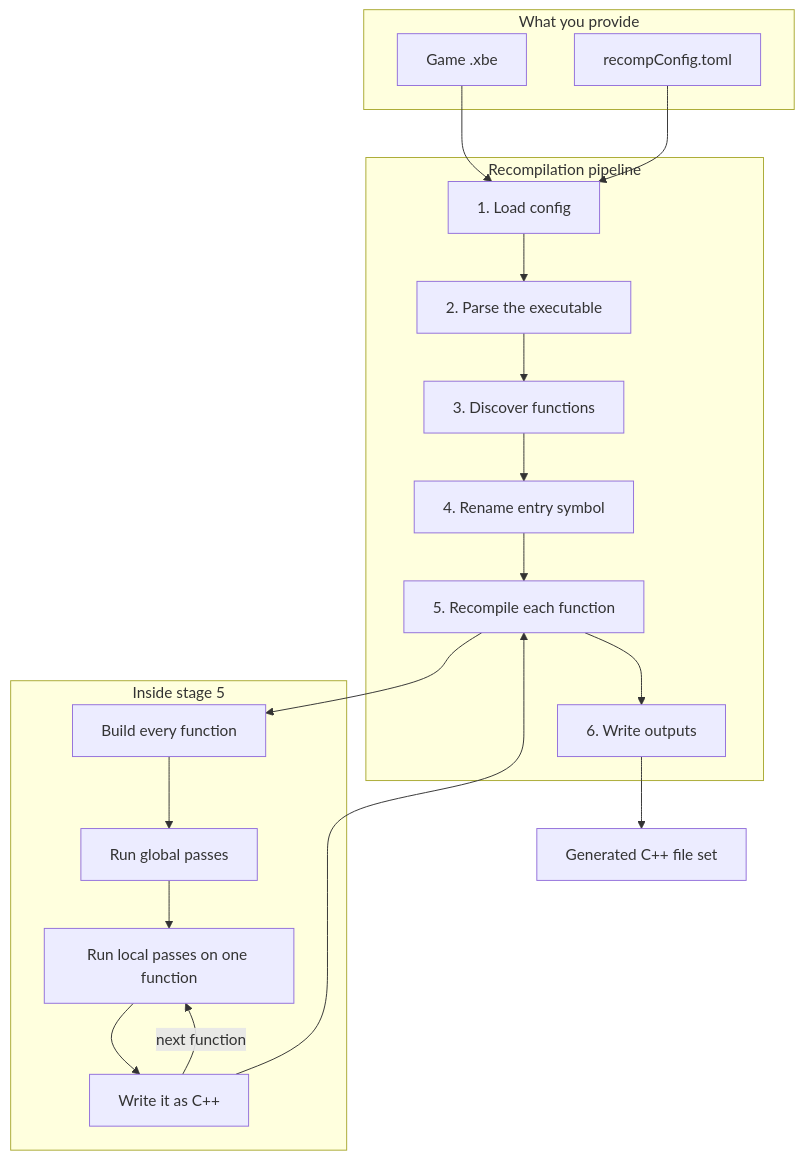
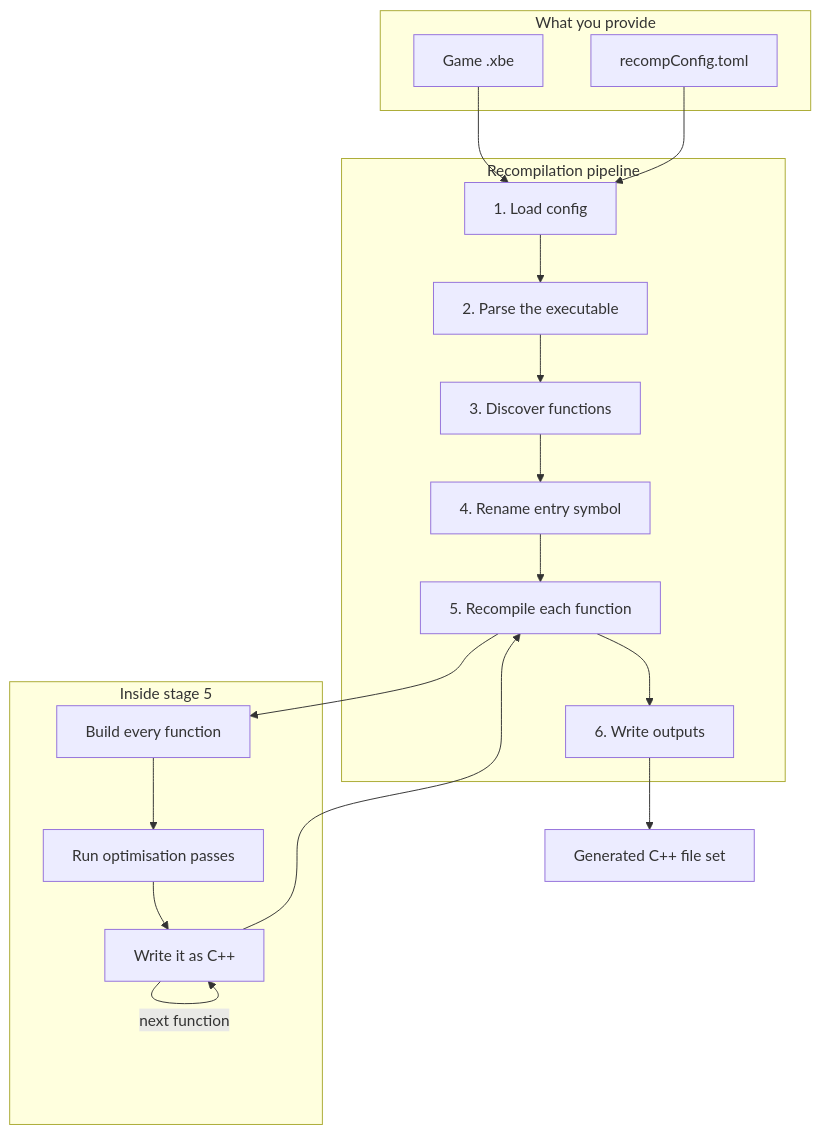
One commit to Sewer56/XboxRecomp2 changed the second of 2 diagrams in doc/docs/how-it-works.md. Above: the diagram before and after it, drawn with Mermaid. The commit also changed 5 other files, not shown here.

Commit message:
Removed: Local Passes, Keep only Global

````diff
--- a/doc/docs/how-it-works.md
+++ b/doc/docs/how-it-works.md
@@ -63,40 +63,38 @@
 ```mermaid
 flowchart TD
     subgraph provide[What you provide]
         XBE[Game .xbe]
         CFG[recompConfig.toml]
     end
 
     subgraph run[Recompilation pipeline]
         LOAD["1. Load config"]
         IMG["2. Parse the executable"]
         DISC["3. Discover functions"]
         REN["4. Rename entry symbol"]
         GEN["5. Recompile each function"]
         WRITE["6. Write outputs"]
     end
 
     subgraph perfunc[Inside stage 5]
         BUILD[Build every function]
-        PASSES[Run global passes]
-        LOCAL[Run local passes on one function]
+        PASSES[Run optimisation passes]
         EMIT[Write it as C++]
     end
 
     OUT[Generated C++ file set]
 
     XBE --> LOAD
     CFG --> LOAD
     LOAD --> IMG
     IMG --> DISC
     DISC --> REN
     REN --> GEN
     GEN --> BUILD
     BUILD --> PASSES
-    PASSES --> LOCAL
-    LOCAL --> EMIT
-    EMIT -->|next function| LOCAL
+    PASSES --> EMIT
+    EMIT -->|next function| EMIT
     EMIT --> GEN
     GEN --> WRITE
     WRITE --> OUT
 ```
````
